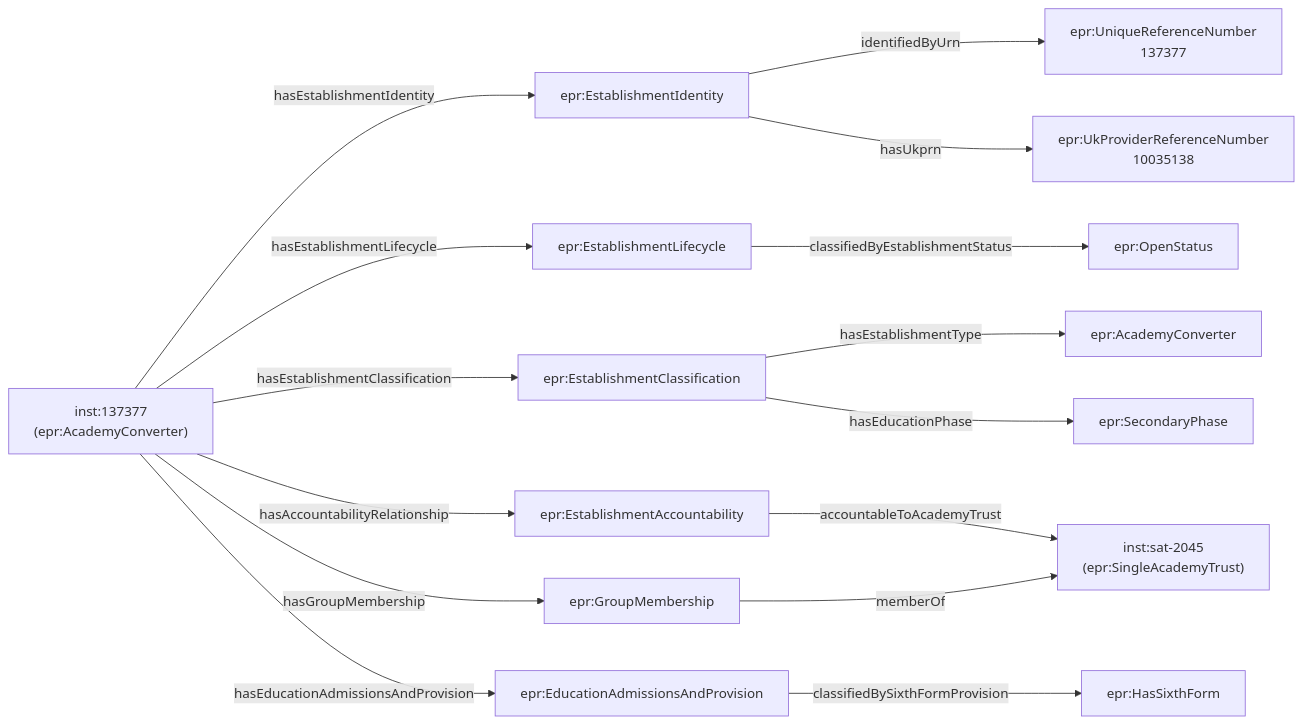
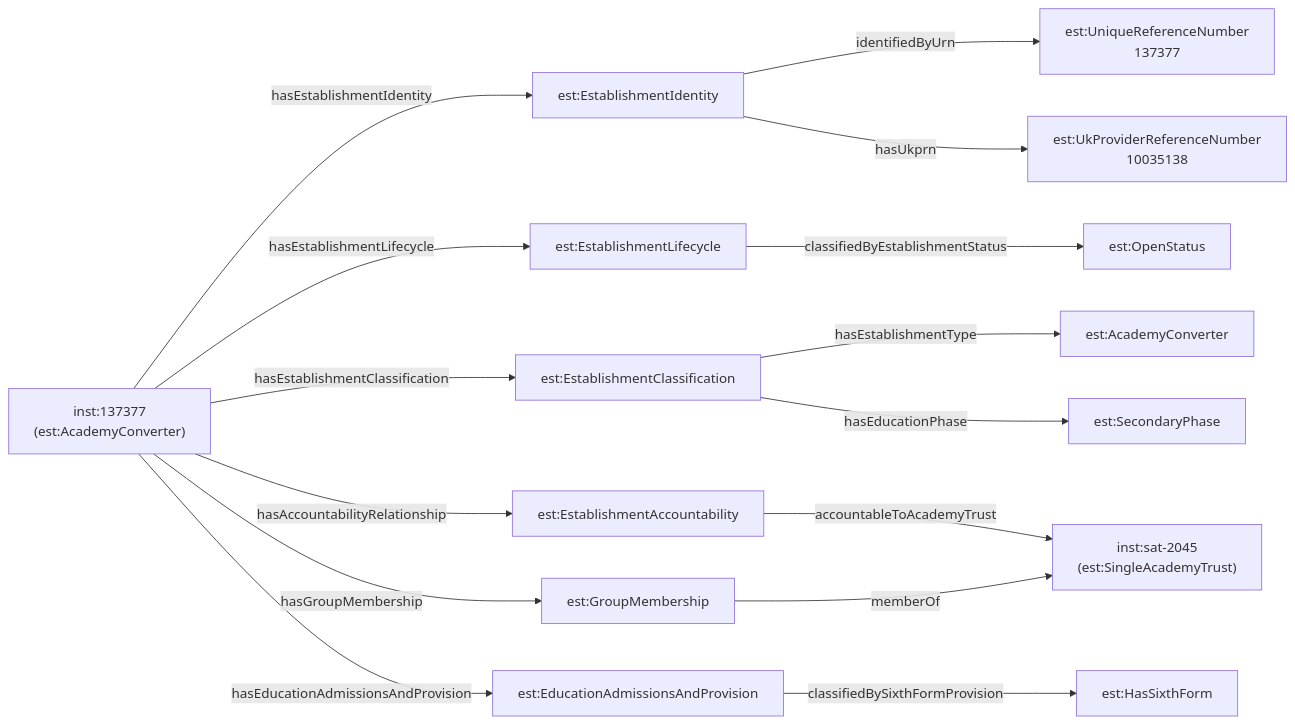
Before and after one commit to DFE-Digital/education-provider-registry-docs: the diagram in docs-site/content/models/establishment/examples/academy.md, drawn with Mermaid. The commit also changed other lines of this file and 42 other files, not shown here.

````diff
--- a/docs-site/content/models/establishment/examples/academy.md
+++ b/docs-site/content/models/establishment/examples/academy.md
@@ -40,24 +40,24 @@
 ```mermaid
 graph LR
-    E["inst:137377<br/>(epr:AcademyConverter)"]
+    E["inst:137377<br/>(est:AcademyConverter)"]
 
-    E -->|hasEstablishmentIdentity| ID["epr:EstablishmentIdentity"]
-    E -->|hasEstablishmentLifecycle| LC["epr:EstablishmentLifecycle"]
-    E -->|hasEstablishmentClassification| CL["epr:EstablishmentClassification"]
-    E -->|hasAccountabilityRelationship| AC["epr:EstablishmentAccountability"]
-    E -->|hasEducationAdmissionsAndProvision| PR["epr:EducationAdmissionsAndProvision"]
-    E -->|hasGroupMembership| GM["epr:GroupMembership"]
+    E -->|hasEstablishmentIdentity| ID["est:EstablishmentIdentity"]
+    E -->|hasEstablishmentLifecycle| LC["est:EstablishmentLifecycle"]
+    E -->|hasEstablishmentClassification| CL["est:EstablishmentClassification"]
+    E -->|hasAccountabilityRelationship| AC["est:EstablishmentAccountability"]
+    E -->|hasEducationAdmissionsAndProvision| PR["est:EducationAdmissionsAndProvision"]
+    E -->|hasGroupMembership| GM["est:GroupMembership"]
 
-    ID -->|identifiedByUrn| URN["epr:UniqueReferenceNumber<br/>137377"]
-    ID -->|hasUkprn| UK["epr:UkProviderReferenceNumber<br/>10035138"]
+    ID -->|identifiedByUrn| URN["est:UniqueReferenceNumber<br/>137377"]
+    ID -->|hasUkprn| UK["est:UkProviderReferenceNumber<br/>10035138"]
 
-    LC -->|classifiedByEstablishmentStatus| OS["epr:OpenStatus"]
+    LC -->|classifiedByEstablishmentStatus| OS["est:OpenStatus"]
 
-    CL -->|hasEstablishmentType| AT["epr:AcademyConverter"]
-    CL -->|hasEducationPhase| SP["epr:SecondaryPhase"]
+    CL -->|hasEstablishmentType| AT["est:AcademyConverter"]
+    CL -->|hasEducationPhase| SP["est:SecondaryPhase"]
 
-    AC -->|accountableToAcademyTrust| SAT["inst:sat-2045<br/>(epr:SingleAcademyTrust)"]
+    AC -->|accountableToAcademyTrust| SAT["inst:sat-2045<br/>(est:SingleAcademyTrust)"]
     GM -->|memberOf| SAT
 
-    PR -->|classifiedBySixthFormProvision| SF["epr:HasSixthForm"]
+    PR -->|classifiedBySixthFormProvision| SF["est:HasSixthForm"]
 ```
````
